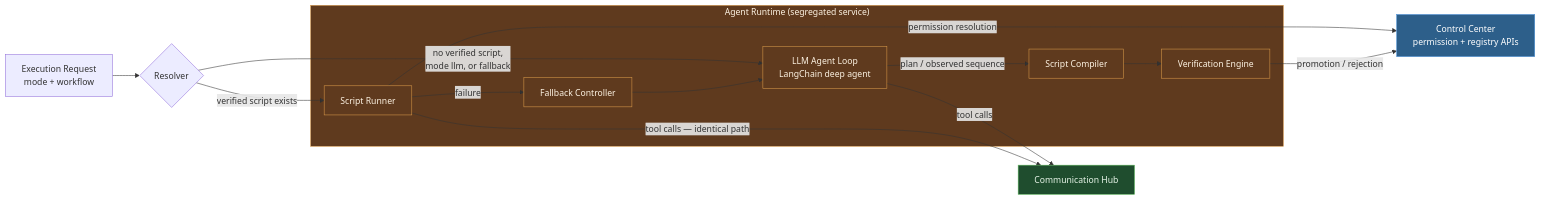
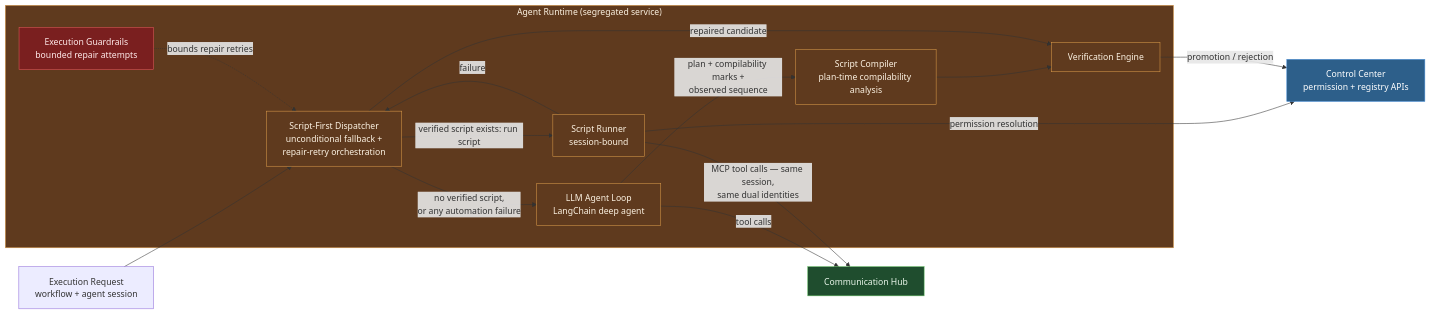
One commit to hurungang/parthenon changed the second of 3 diagrams in docs/changes/software-3.0-agent-framework/architecture.md. Above: the diagram before and after it, drawn with Mermaid. The commit also changed other lines of this file and 205 other files, not shown here.

````diff
--- a/docs/changes/software-3.0-agent-framework/architecture.md
+++ b/docs/changes/software-3.0-agent-framework/architecture.md
@@ -135,33 +160,36 @@
 ```mermaid
 flowchart LR
-    REQ[Execution Request<br/>mode + workflow]
-    RES{Resolver}
+    REQ[Execution Request<br/>workflow + agent session]
     subgraph ARS["Agent Runtime (segregated service)"]
         LLM[LLM Agent Loop<br/>LangChain deep agent]
-        SC[Script Compiler]
+        SC[Script Compiler<br/>plan-time compilability analysis]
         VE[Verification Engine]
-        SR[Script Runner]
-        FC[Fallback Controller]
+        SR[Script Runner<br/>session-bound]
+        DISP[Script-First Dispatcher<br/>unconditional fallback +<br/>repair-retry orchestration]
+        GUARD[Execution Guardrails<br/>bounded repair attempts]
     end
     CH[Communication Hub]
     CC[Control Center<br/>permission + registry APIs]
 
-    REQ --> RES
-    RES -->|no verified script,<br/>mode llm, or fallback| LLM
-    RES -->|verified script exists| SR
-    LLM -->|plan / observed sequence| SC
+    REQ --> DISP
+    DISP -->|verified script exists: run script| SR
+    DISP -->|no verified script,<br/>or any automation failure| LLM
+    LLM -->|plan + compilability marks +<br/>observed sequence| SC
     SC --> VE
     LLM -->|tool calls| CH
-    SR -->|tool calls — identical path| CH
-    SR -->|failure| FC
-    FC --> LLM
+    SR -->|MCP tool calls — same session,<br/>same dual identities| CH
+    SR -->|failure| DISP
+    DISP -->|repaired candidate| VE
+    GUARD -.->|bounds repair retries| DISP
     SR -->|permission resolution| CC
     VE -->|promotion / rejection| CC
 
     classDef service fill:#5f3a1e,stroke:#d99a4a,color:#fdf3e3
+    classDef guard fill:#7a1f1f,stroke:#e05a5a,color:#ffeaea
     classDef broker fill:#1f4d2e,stroke:#5cb85c,color:#e8f5e9
     classDef cc fill:#2d5f8a,stroke:#4a90d9,color:#ffffff
-    class LLM,SC,VE,SR,FC,ARS service
+    class LLM,SC,VE,SR,DISP,ARS service
+    class GUARD guard
     class CH broker
     class CC cc
 ```
````
